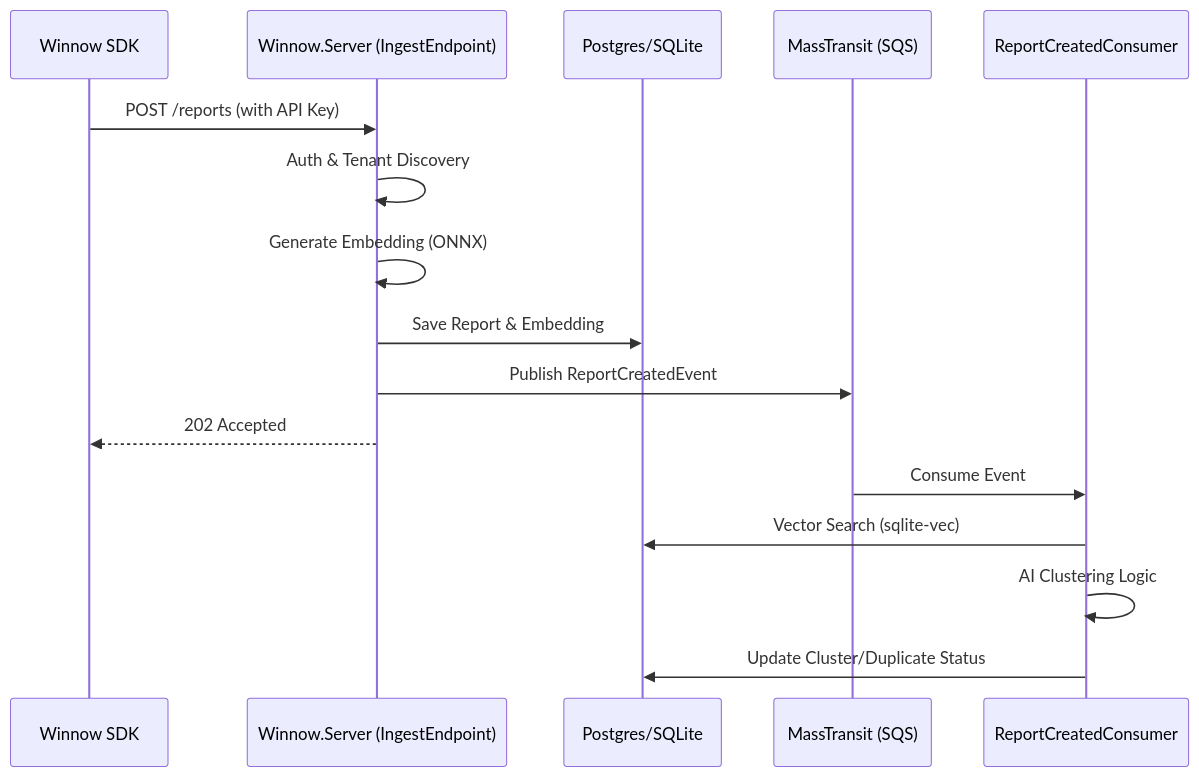
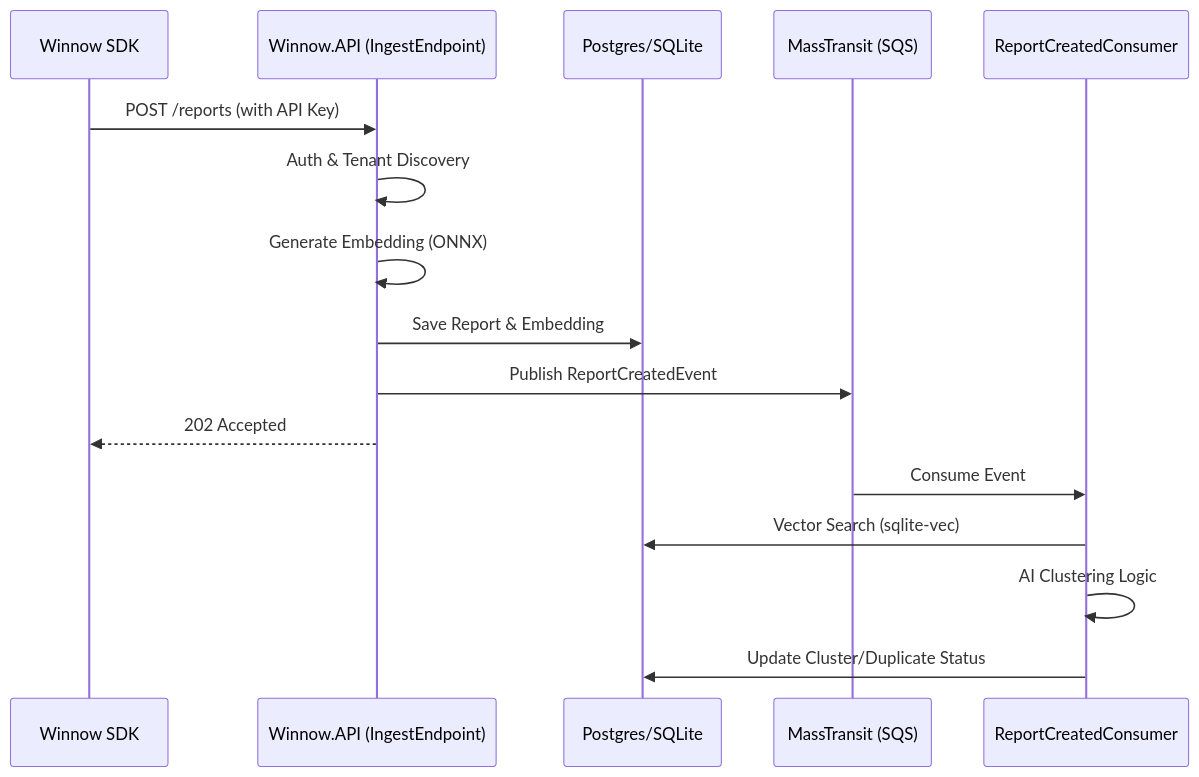
Before and after one commit to Winnow-Triage/winnow-core: the diagram in docs/README.md, drawn with Mermaid. The commit also changed other lines of this file and 990 other files, not shown here.

Commit message:
refactor: Split Winnow.Server into Winnow.API, Winnow.Summary, Winnow.Sanitize, Winnow.Clustering, and Winnow.Contracts services.

````diff
--- a/docs/README.md
+++ b/docs/README.md
@@ -28,19 +28,19 @@
 ```mermaid
 sequenceDiagram
     participant SDK as Winnow SDK
-    participant API as Winnow.Server (IngestEndpoint)
+    participant API as Winnow.API (IngestEndpoint)
     participant DB as Postgres/SQLite
     participant MQ as MassTransit (SQS)
     participant Worker as ReportCreatedConsumer
 
     SDK->>API: POST /reports (with API Key)
     API->>API: Auth & Tenant Discovery
     API->>API: Generate Embedding (ONNX)
     API->>DB: Save Report & Embedding
     API->>MQ: Publish ReportCreatedEvent
     API-->>SDK: 202 Accepted
     MQ->>Worker: Consume Event
     Worker->>DB: Vector Search (sqlite-vec)
     Worker->>Worker: AI Clustering Logic
     Worker->>DB: Update Cluster/Duplicate Status
 ```
````
